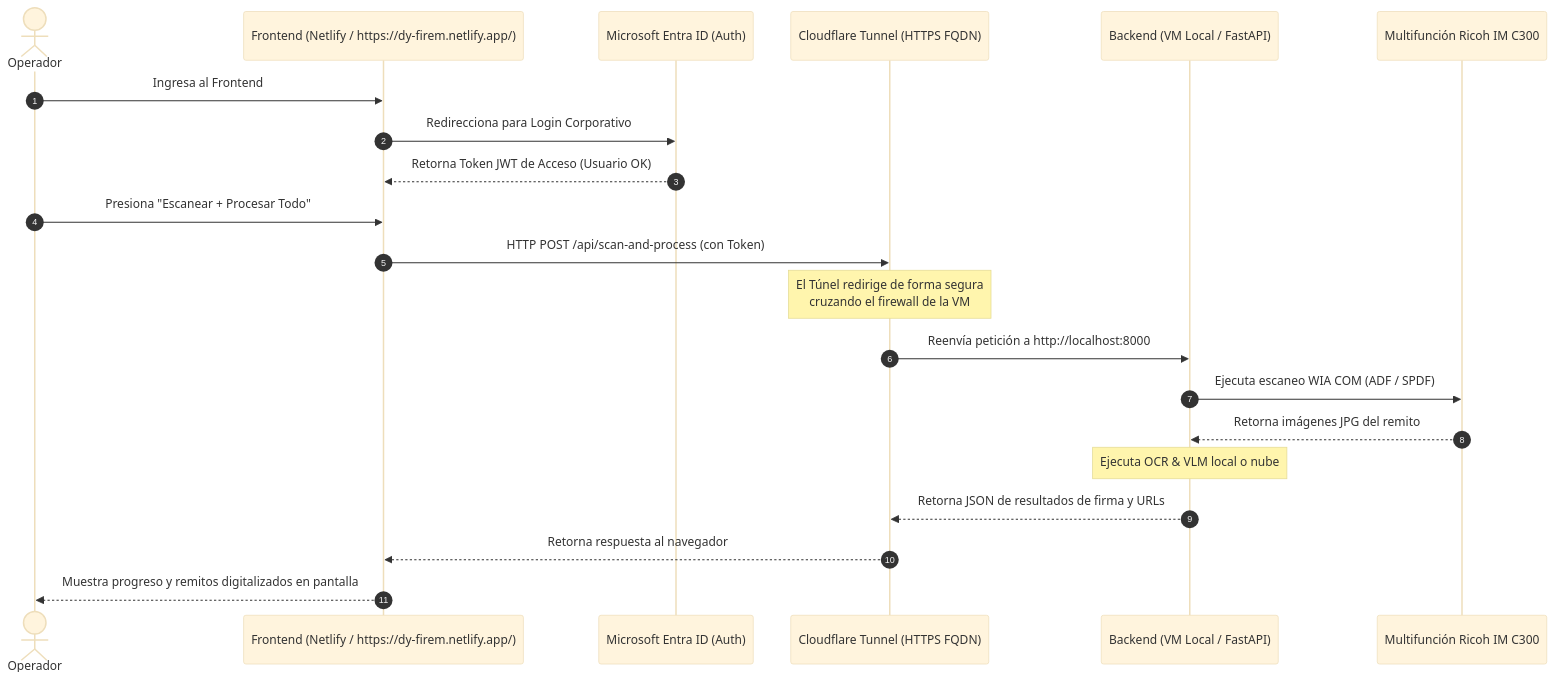
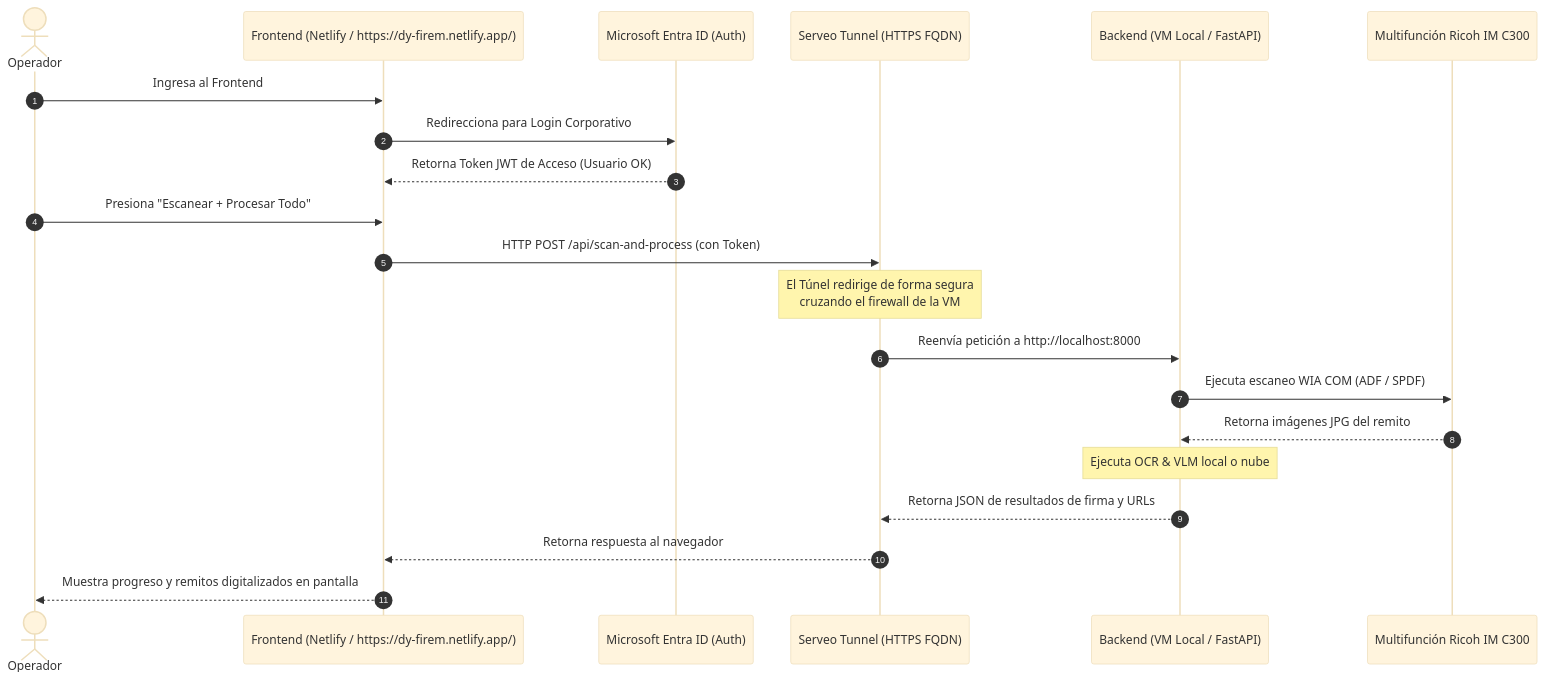
The second of 2 diagrams in README.md (don-yeyo/dy_firma_remitos), drawn with Mermaid (base theme) before and after one commit. The commit also changed other lines of this file and 2 other files, not shown here.

Commit message:
tunel persistente con servero

````diff
--- a/README.md
+++ b/README.md
@@ -127,24 +127,24 @@
 ```mermaid
 sequenceDiagram
     autonumber
     actor Operador
     participant App as Frontend (Netlify / https://dy-firem.netlify.app/)
     participant AAD as Microsoft Entra ID (Auth)
-    participant CF as Cloudflare Tunnel (HTTPS FQDN)
+    participant ST as Serveo Tunnel (HTTPS FQDN)
     participant VM as Backend (VM Local / FastAPI)
     participant Ricoh as Multifunción Ricoh IM C300
 
     Operador->>App: Ingresa al Frontend
     App->>AAD: Redirecciona para Login Corporativo
     AAD-->>App: Retorna Token JWT de Acceso (Usuario OK)
     Operador->>App: Presiona "Escanear + Procesar Todo"
-    App->>CF: HTTP POST /api/scan-and-process (con Token)
-    Note over CF: El Túnel redirige de forma segura<br/>cruzando el firewall de la VM
-    CF->>VM: Reenvía petición a http://localhost:8000
+    App->>ST: HTTP POST /api/scan-and-process (con Token)
+    Note over ST: El Túnel redirige de forma segura<br/>cruzando el firewall de la VM
+    ST->>VM: Reenvía petición a http://localhost:8000
     VM->>Ricoh: Ejecuta escaneo WIA COM (ADF / SPDF)
     Ricoh-->>VM: Retorna imágenes JPG del remito
     Note over VM: Ejecuta OCR & VLM local o nube
-    VM-->>CF: Retorna JSON de resultados de firma y URLs
-    CF-->>App: Retorna respuesta al navegador
+    VM-->>ST: Retorna JSON de resultados de firma y URLs
+    ST-->>App: Retorna respuesta al navegador
     App-->>Operador: Muestra progreso y remitos digitalizados en pantalla
 ```
````
